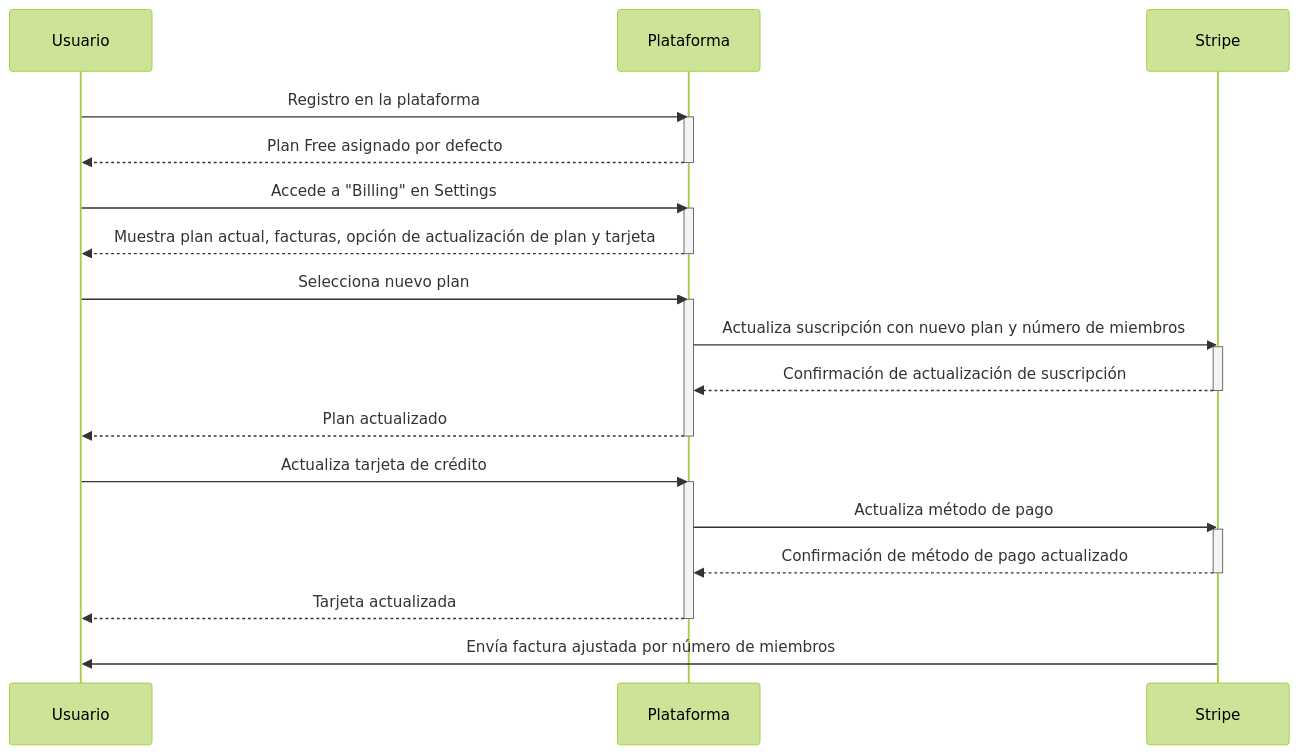
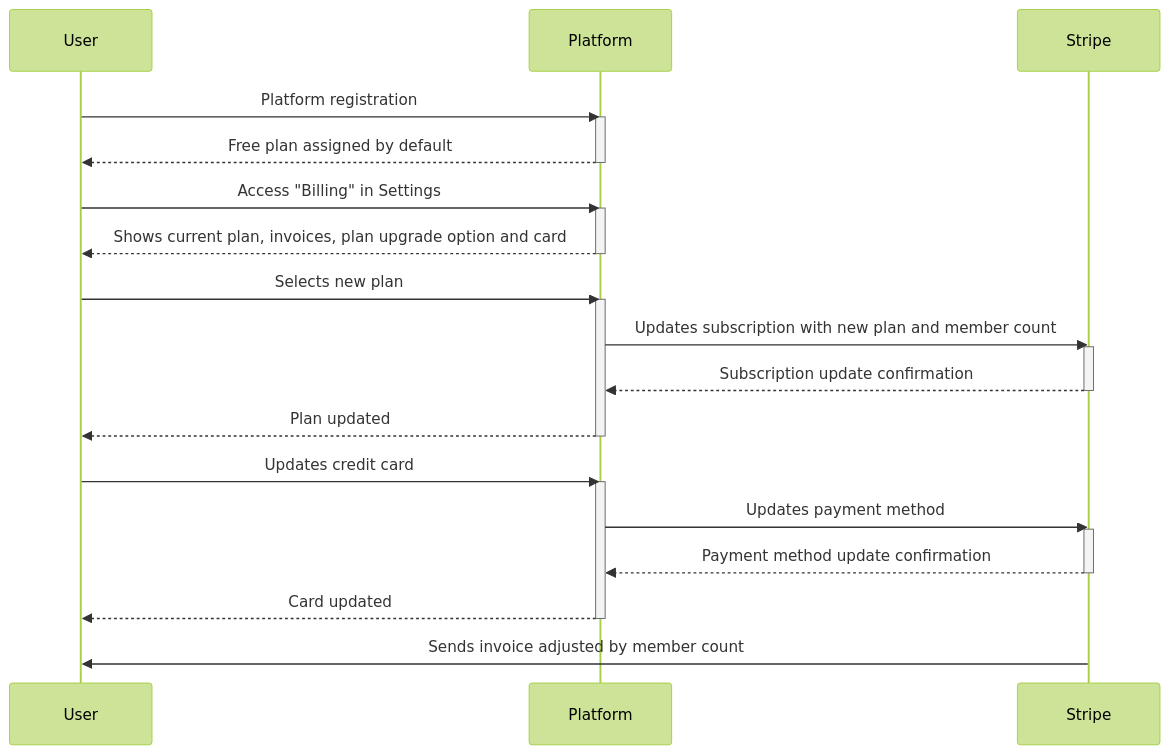
The fourth of 6 diagrams in README.md (SuuperSaees/SuuperSaees), drawn with Mermaid (forest theme) before and after one commit. The commit also changed other lines of this file and 8 other files, not shown here.

````diff
--- a/README.md
+++ b/README.md
@@ -55,36 +71,36 @@
 ```mermaid
 sequenceDiagram
-    participant Usuario
-    participant Plataforma
+    participant User
+    participant Platform
     participant Stripe
 
-    Usuario->>Plataforma: Registro en la plataforma
-    activate Plataforma
-    Plataforma-->>Usuario: Plan Free asignado por defecto
-    deactivate Plataforma
+    User->>Platform: Platform registration
+    activate Platform
+    Platform-->>User: Free plan assigned by default
+    deactivate Platform
 
-    Usuario->>Plataforma: Accede a "Billing" en Settings
-    activate Plataforma
-    Plataforma-->>Usuario: Muestra plan actual, facturas, opción de actualización de plan y tarjeta
-    deactivate Plataforma
+    User->>Platform: Access "Billing" in Settings
+    activate Platform
+    Platform-->>User: Shows current plan, invoices, plan upgrade option and card
+    deactivate Platform
 
-    Usuario->>Plataforma: Selecciona nuevo plan
-    activate Plataforma
-    Plataforma->>Stripe: Actualiza suscripción con nuevo plan y número de miembros
+    User->>Platform: Selects new plan
+    activate Platform
+    Platform->>Stripe: Updates subscription with new plan and member count
     activate Stripe
-    Stripe-->>Plataforma: Confirmación de actualización de suscripción
+    Stripe-->>Platform: Subscription update confirmation
     deactivate Stripe
-    Plataforma-->>Usuario: Plan actualizado
-    deactivate Plataforma
+    Platform-->>User: Plan updated
+    deactivate Platform
 
-    Usuario->>Plataforma: Actualiza tarjeta de crédito
-    activate Plataforma
-    Plataforma->>Stripe: Actualiza método de pago
+    User->>Platform: Updates credit card
+    activate Platform
+    Platform->>Stripe: Updates payment method
     activate Stripe
-    Stripe-->>Plataforma: Confirmación de método de pago actualizado
+    Stripe-->>Platform: Payment method update confirmation
     deactivate Stripe
-    Plataforma-->>Usuario: Tarjeta actualizada
-    deactivate Plataforma
+    Platform-->>User: Card updated
+    deactivate Platform
 
-    Stripe->>Usuario: Envía factura ajustada por número de miembros
+    Stripe->>User: Sends invoice adjusted by member count
 ```
````
